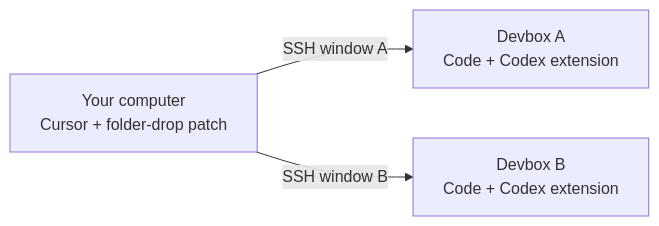
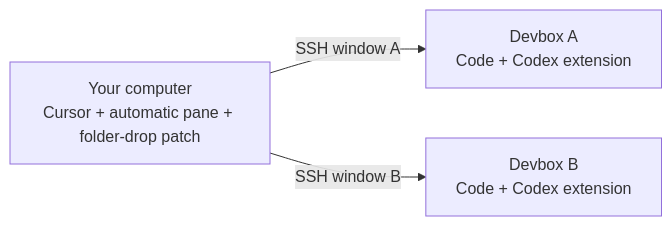
Before and after one commit to malhajar17/cursor-codex-devbox: the diagram in README.md, drawn with Mermaid. The commit also changed other lines of this file and 16 other files, not shown here.

Commit message:
Open Codex automatically in a right-hand Cursor pane

````diff
--- a/README.md
+++ b/README.md
@@ -44,6 +46,6 @@
 ```mermaid
 flowchart LR
-    C["Your computer<br/>Cursor + folder-drop patch"]
+    C["Your computer<br/>Cursor + automatic pane + folder-drop patch"]
     C -->|SSH window A| A["Devbox A<br/>Code + Codex extension"]
     C -->|SSH window B| B["Devbox B<br/>Code + Codex extension"]
 ```
````
